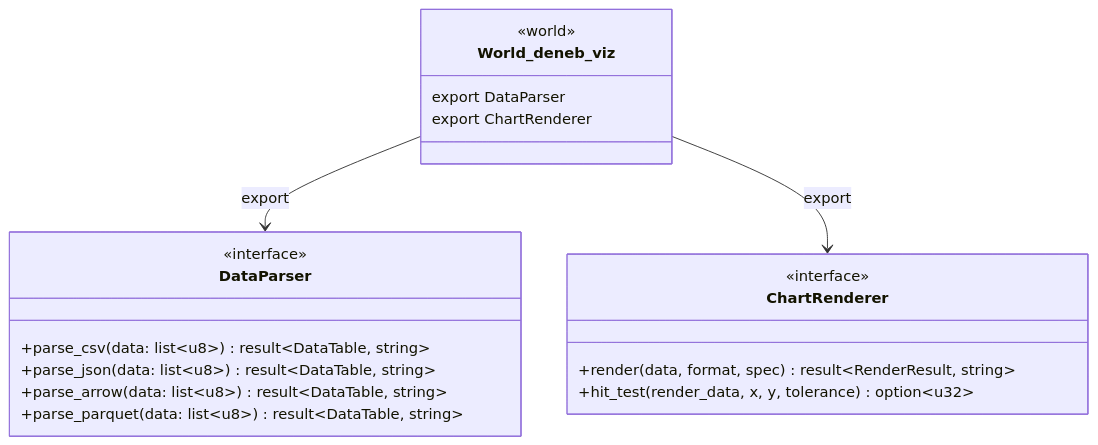
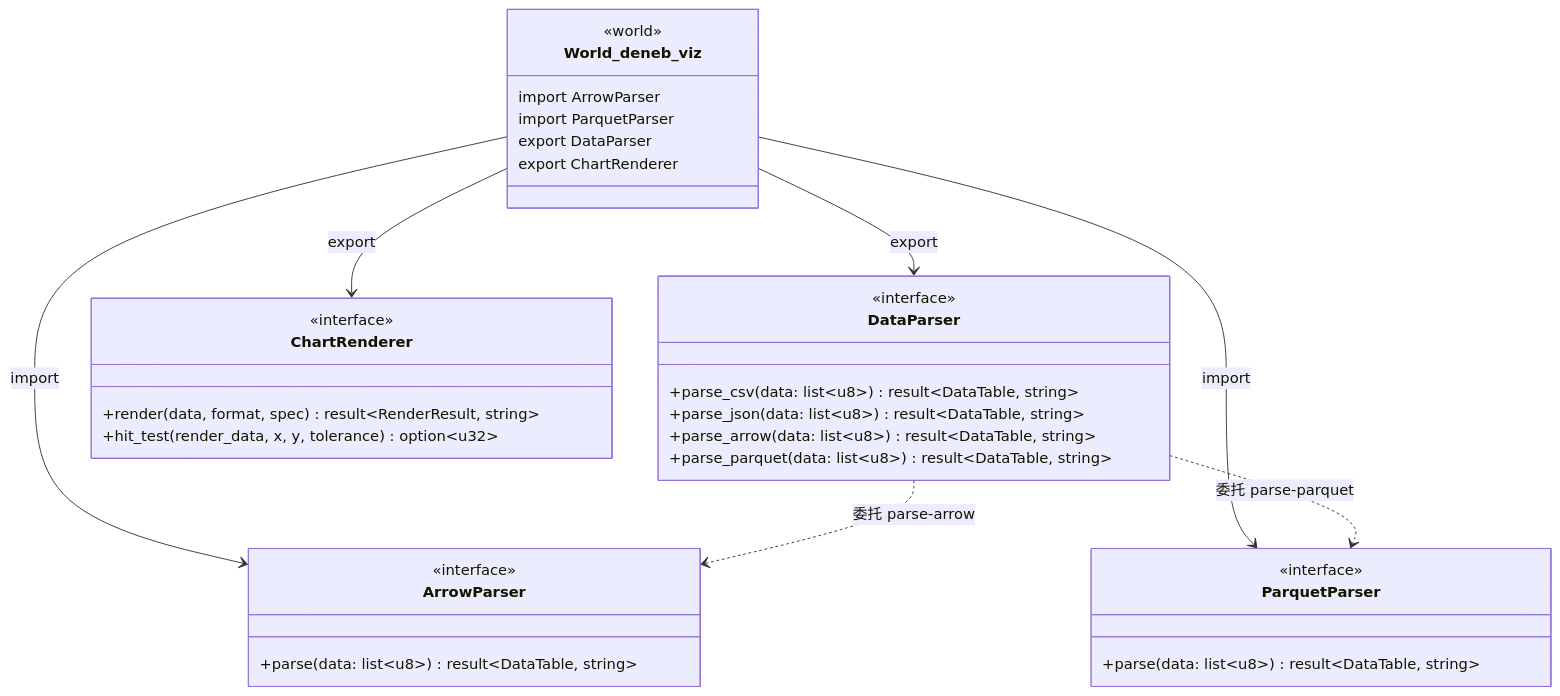
One commit to LimpuAI/deneb-rs changed the second of 4 diagrams in docs/webassembly.md. Above: the diagram before and after it, drawn with Mermaid. The commit also changed other lines of this file and 29 other files, not shown here.

First line of the commit message:
feat: integrate limpuai-wit Arrow/Parquet parsers via WASI Component Model

````diff
--- a/docs/webassembly.md
+++ b/docs/webassembly.md
@@ -66,25 +75,41 @@
 ```mermaid
 classDiagram
     class DataParser {
         <<interface>>
         +parse_csv(data: list~u8~) result~DataTable, string~
         +parse_json(data: list~u8~) result~DataTable, string~
         +parse_arrow(data: list~u8~) result~DataTable, string~
         +parse_parquet(data: list~u8~) result~DataTable, string~
     }
 
     class ChartRenderer {
         <<interface>>
         +render(data, format, spec) result~RenderResult, string~
         +hit_test(render_data, x, y, tolerance) option~u32~
     }
 
     class World_deneb_viz {
         <<world>>
+        import ArrowParser
+        import ParquetParser
         export DataParser
         export ChartRenderer
     }
 
+    class ArrowParser {
+        <<interface>>
+        +parse(data: list~u8~) result~DataTable, string~
+    }
+
+    class ParquetParser {
+        <<interface>>
+        +parse(data: list~u8~) result~DataTable, string~
+    }
+
     World_deneb_viz --> DataParser : export
     World_deneb_viz --> ChartRenderer : export
+    World_deneb_viz --> ArrowParser : import
+    World_deneb_viz --> ParquetParser : import
+    DataParser ..> ArrowParser : 委托 parse-arrow
+    DataParser ..> ParquetParser : 委托 parse-parquet
 ```
````
